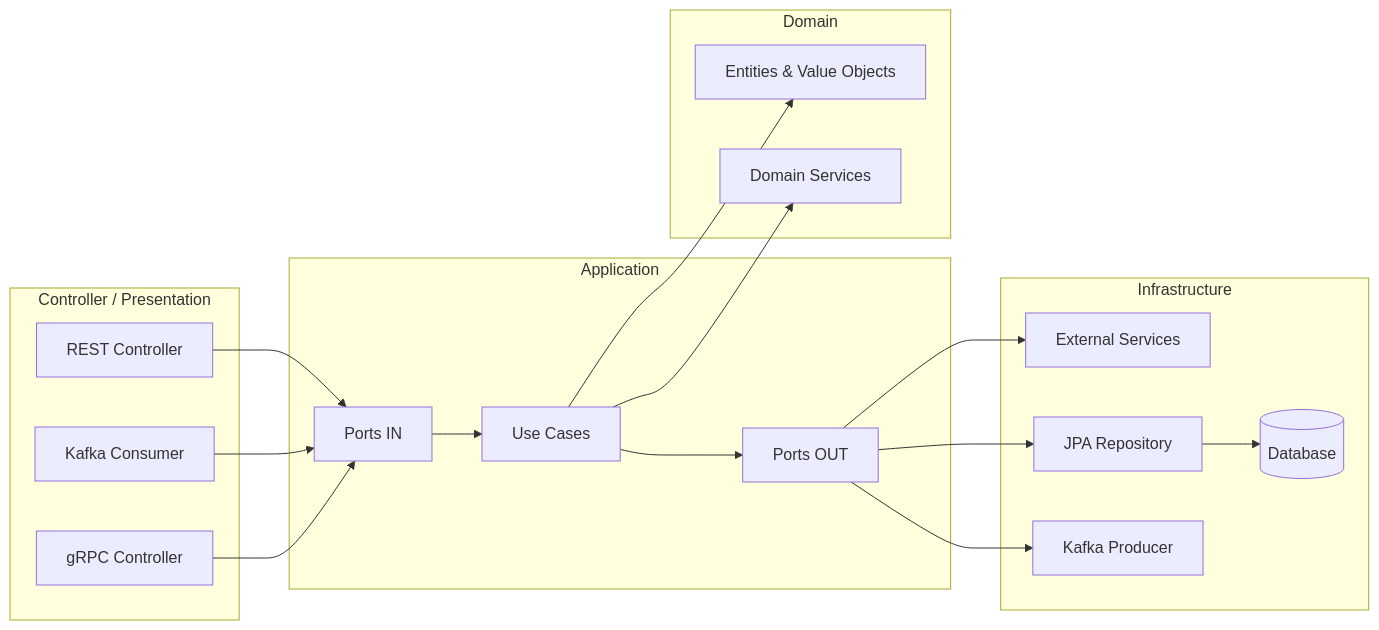
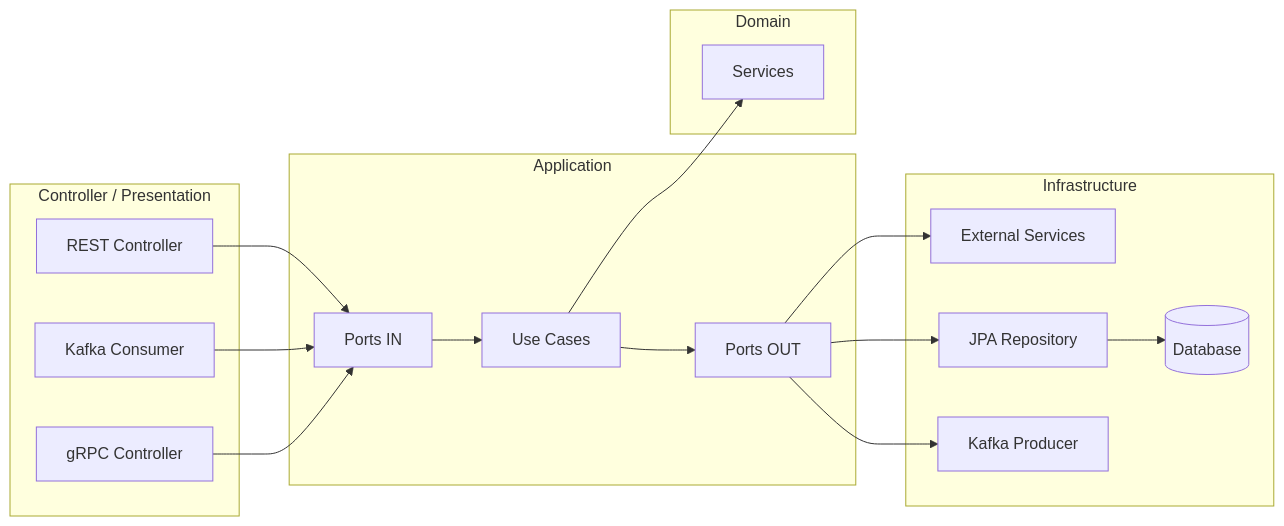
Before and after one commit to wikicode96/software-design: the diagram in software-design/README.md, drawn with Mermaid. The commit also changed other lines of this file, not shown here.

Commit message:
Revise README with layers and domain updates

````diff
--- a/software-design/README.md
+++ b/software-design/README.md
@@ -4,47 +2,45 @@
 ```mermaid
 flowchart LR
 
     %% ===== Presentation Layer =====
     subgraph Presentation["Controller / Presentation"]
         REST[REST Controller]
         KAFKA[Kafka Consumer]
         GRPC[gRPC Controller]
     end
 
     %% ===== Application Layer =====
     subgraph Application["Application"]
         UC[Use Cases]
         IN[Ports IN]
         OUT[Ports OUT]
     end
 
     %% ===== Domain Layer =====
     subgraph Domain["Domain"]
-        MODEL[Entities & Value Objects]
-        DS[Domain Services]
+        DS[Services]
     end
 
     %% ===== Infrastructure Layer =====
     subgraph Infrastructure["Infrastructure"]
         DB[(Database)]
         EXT[External Services]
         JPA[JPA Repository]
         PROD[Kafka Producer]
     end
 
     %% ===== Flow =====
     REST --> IN
     KAFKA --> IN
     GRPC --> IN
 
     IN --> UC
-    UC --> MODEL
     UC --> DS
     UC --> OUT
 
     OUT --> JPA
     OUT --> EXT
     OUT --> PROD
 
     JPA --> DB
 ```
````
